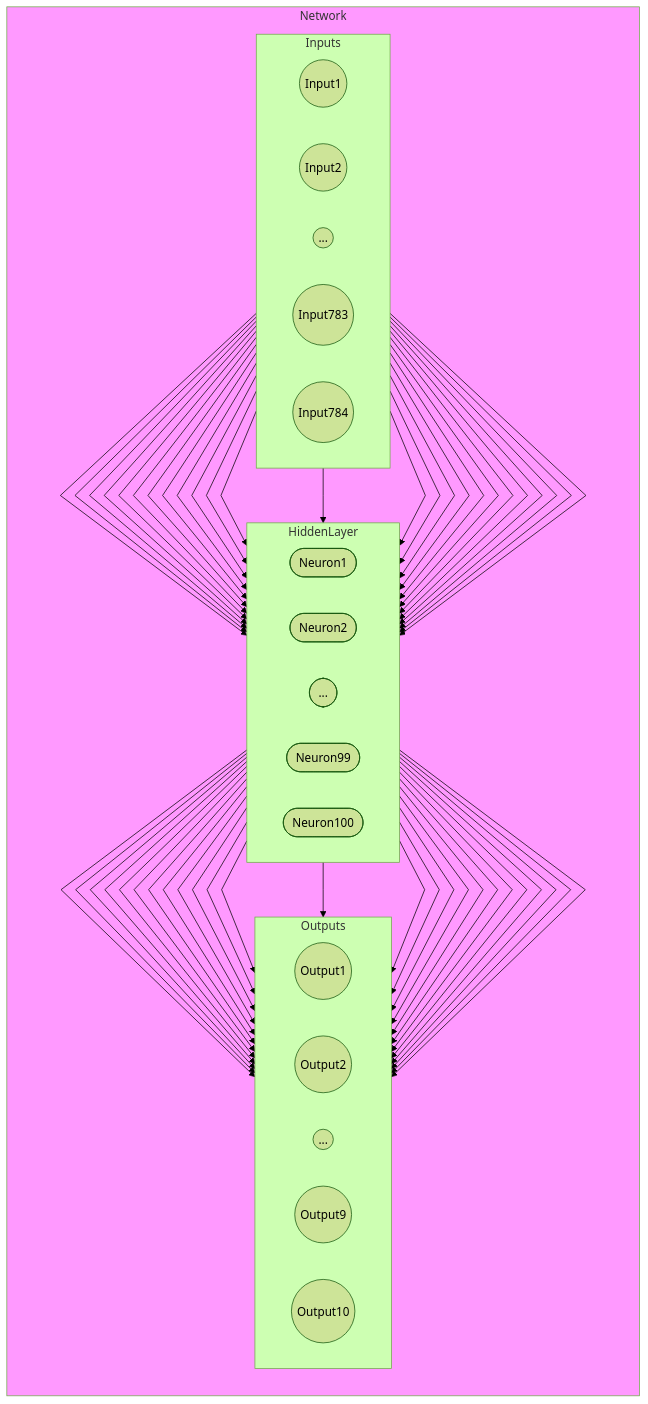
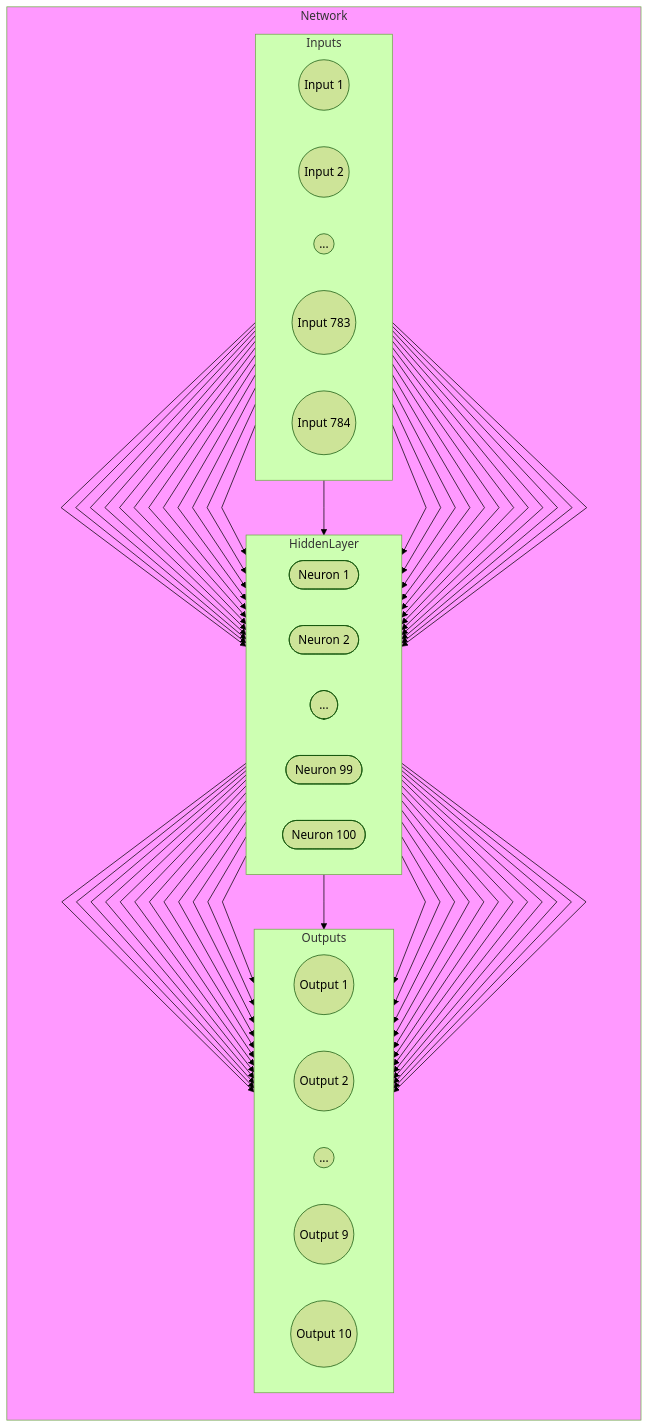
The diagram in notebooks/01_fashionMNIST/README.md (andrelohmann/ai-experiments), drawn with Mermaid (forest theme) before and after one commit. The commit also changed other lines of this file, not shown here.

Commit message:
updated Network Graph

````diff
--- a/notebooks/01_fashionMNIST/README.md
+++ b/notebooks/01_fashionMNIST/README.md
@@ -11,49 +11,49 @@
 ```mermaid
     %%{ init: { 'flowchart': { 'curve': 'linear' } } }%%
     flowchart TD
         subgraph Network
             direction TB
             style Network fill:#f9f
             subgraph Inputs
                 direction LR
-                I1((Input1)):::round
-                I2((Input2)):::round
-                Ix((...)):::round
-                I783((Input783)):::round
-                I784((Input784)):::round
+                I1((Input   1)):::round
+                I2((Input   2)):::round
+                Ix((   ...   )):::round
+                I783((Input 783)):::round
+                I784((Input 784)):::round
             end
 
             subgraph HiddenLayer
                 direction LR
-                N1([Neuron1]);
-                N2([Neuron2]);
-                Nx([...]);
-                N99([Neuron99]);
-                N100([Neuron100]);
+                N1([Neuron   1]);
+                N2([Neuron   2]);
+                Nx([    ...   ]);
+                N99([Neuron  99]);
+                N100([Neuron 100]);
             end
 
             subgraph Outputs
                 direction LR
-                O1((Output1)):::round
-                O2((Output2)):::round
-                Ox((...)):::round
-                O9((Output9)):::round
-                O10((Output10)):::round
+                O1((Output  1)):::round
+                O2((Output  2)):::round
+                Ox((   ...   )):::round
+                O9((Output  9)):::round
+                O10((Output 10)):::round
             end
 
             I1 --> N1 & N2 & Nx & N99 & N100
             I2 --> N1 & N2 & Nx & N99 & N100
             Ix --> N1 & N2 & Nx & N99 & N100
             I783 --> N1 & N2 & Nx & N99 & N100
             I784 --> N1 & N2 & Nx & N99 & N100
 
             N1 --> O1 & O2 & Ox & O9 & O10
             N2 --> O1 & O2 & Ox & O9 & O10
             Nx --> O1 & O2 & Ox & O9 & O10
             N99 --> O1 & O2 & Ox & O9 & O10
             N100 --> O1 & O2 & Ox & O9 & O10
 
             classDef round width:75px
 
         end
 ```
````
